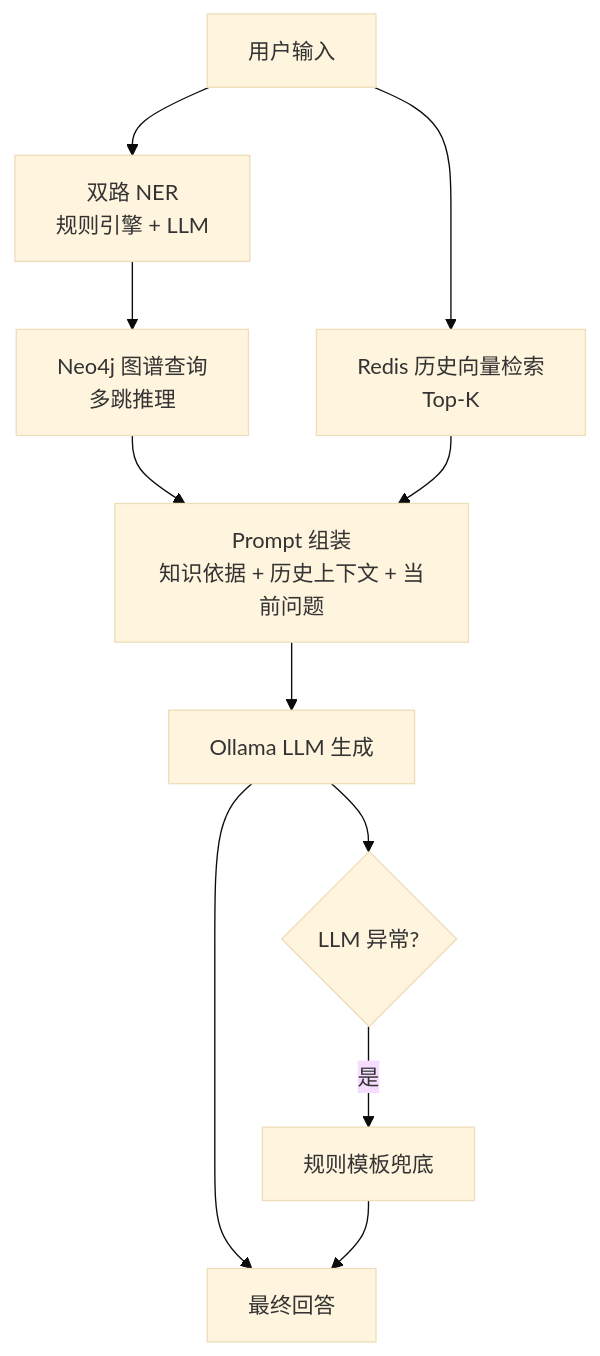
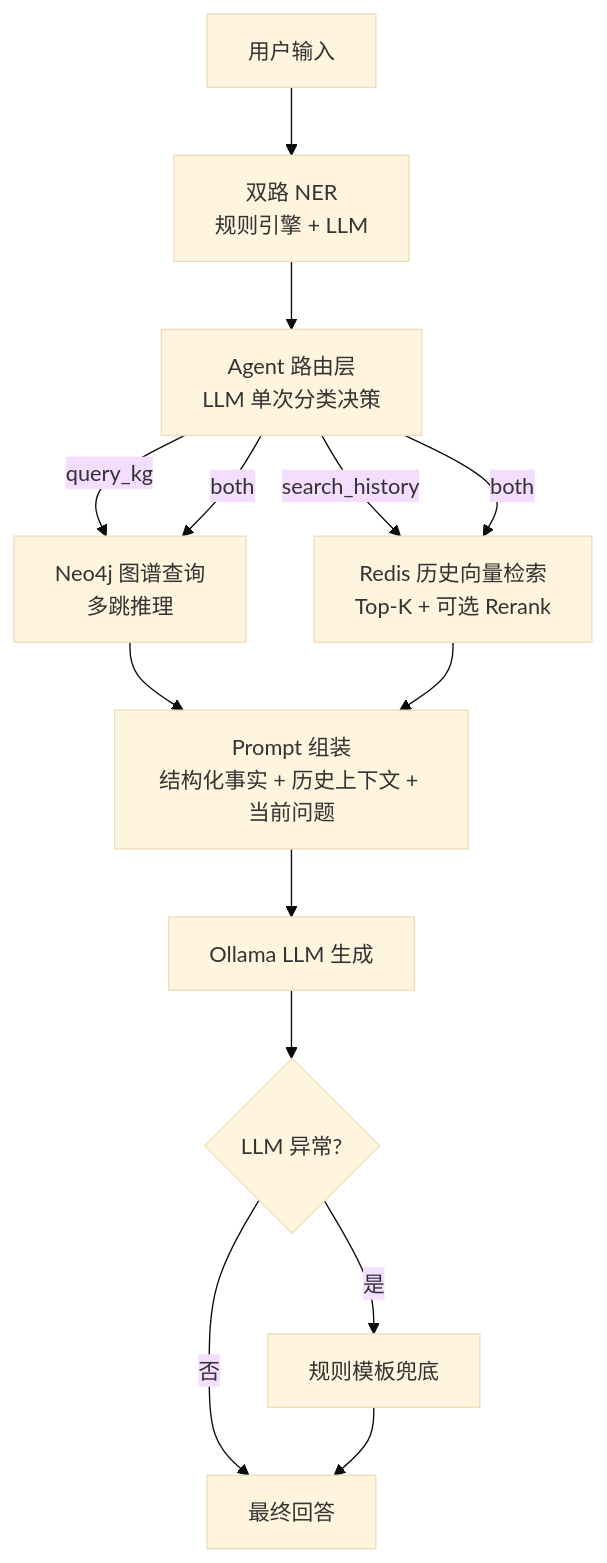
One commit to GFLabandon/MedSafetyAssistant changed the diagram in README.md. Above: the diagram before and after it, drawn with Mermaid (base theme). The commit also changed other lines of this file, not shown here.

````diff
--- a/README.md
+++ b/README.md
@@ -27,13 +27,16 @@
 ```mermaid
 flowchart TD
     A[用户输入] --> B[双路 NER\n规则引擎 + LLM]
-    B --> C[Neo4j 图谱查询\n多跳推理]
-    A --> D[Redis 历史向量检索\nTop-K]
-    C --> E[Prompt 组装\n知识依据 + 历史上下文 + 当前问题]
-    D --> E
-    E --> F[Ollama LLM 生成]
-    F --> G[最终回答]
-    F --> H{LLM 异常?}
+    B --> C[Agent 路由层\nLLM 单次分类决策]
+    C -->|query_kg| D[Neo4j 图谱查询\n多跳推理]
+    C -->|search_history| E[Redis 历史向量检索\nTop-K + 可选 Rerank]
+    C -->|both| D
+    C -->|both| E
+    D --> F[Prompt 组装\n结构化事实 + 历史上下文 + 当前问题]
+    E --> F
+    F --> G[Ollama LLM 生成]
+    G --> H{LLM 异常?}
     H -->|是| I[规则模板兜底]
-    I --> G
+    H -->|否| J[最终回答]
+    I --> J
 ```
````
